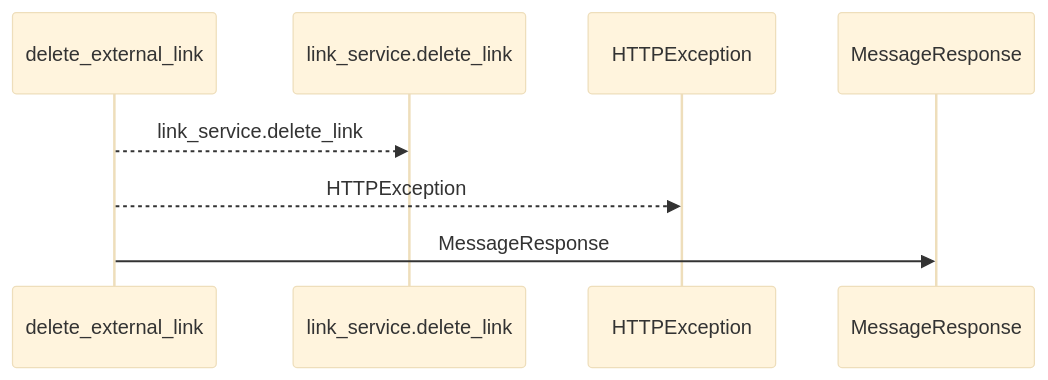
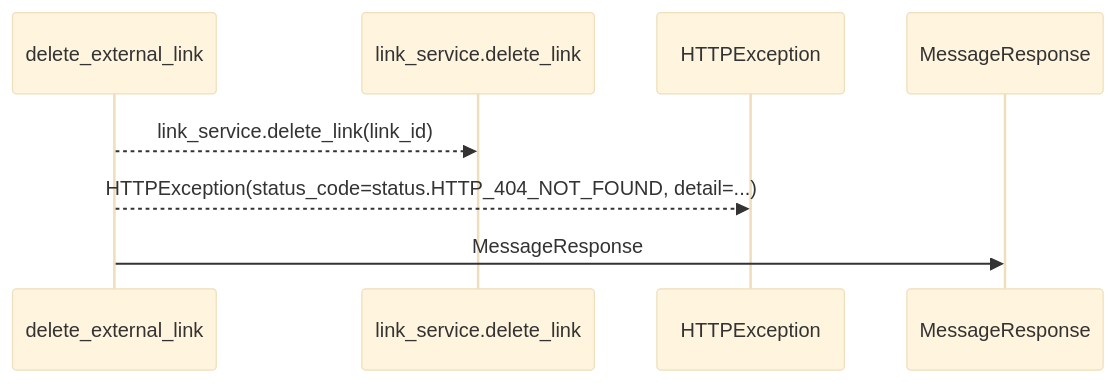
Before and after one commit to Denissvgn/WorkChord: the first of 2 diagrams in docs/llm_wiki/flows/http-delete_external_link.md, drawn with Mermaid (base theme). The commit also changed other lines of this file and 25171 other files, not shown here.

````diff
--- a/docs/llm_wiki/flows/http-delete_external_link.md
+++ b/docs/llm_wiki/flows/http-delete_external_link.md
@@ -10,10 +12,10 @@
 ```mermaid
 sequenceDiagram
     participant p0 as delete_external_link
     participant p1 as link_service.delete_link
     participant p2 as HTTPException
     participant p3 as MessageResponse
-    p0-->>p1: link_service.delete_link
-    p0-->>p2: HTTPException
+    p0-->>p1: link_service.delete_link(link_id)
+    p0-->>p2: HTTPException(status_code=status.HTTP_404_NOT_FOUND, detail=...)
     p0->>p3: MessageResponse
 ```
````
